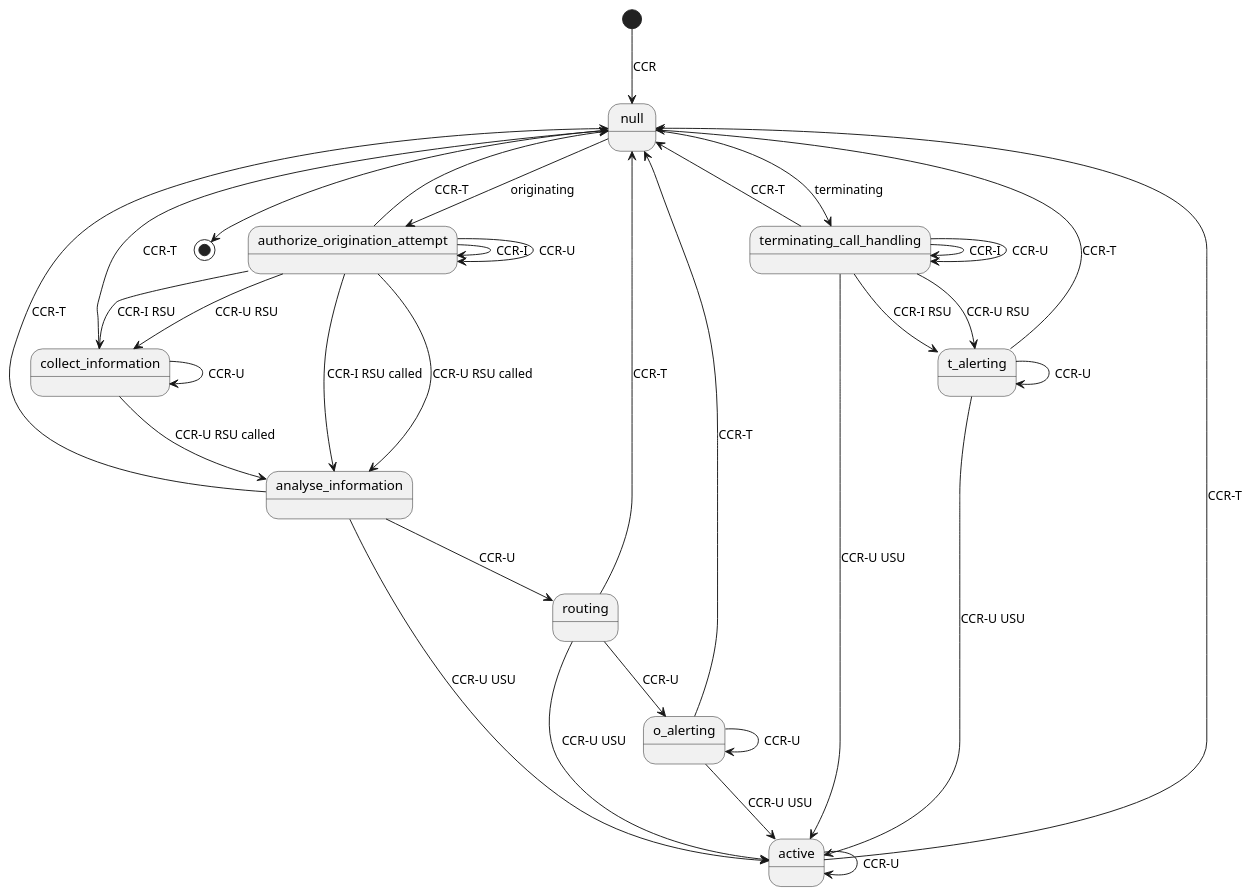
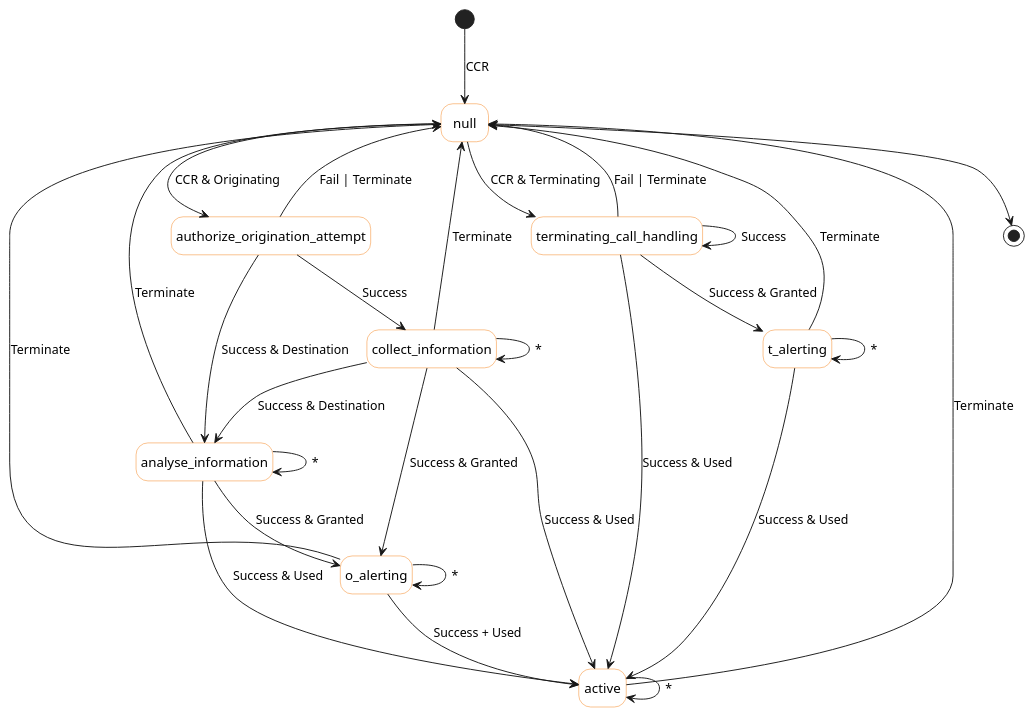
The diagram in doc/prepaid-diameter-ro.puml (sigscale/cse), drawn with PlantUML before and after one commit. The commit also changed 4 other files, not shown here.

```diff
--- a/doc/prepaid-diameter-ro.puml
+++ b/doc/prepaid-diameter-ro.puml
@@ -1,65 +1,50 @@
 @startuml
 
-state null {
-}
-state authorize_origination_attempt {
-}
-state terminating_call_handling {
-}
-state collect_information {
-}
-state analyse_information {
-}
-state routing {
-}
-state o_alerting {
-}
-state t_alerting {
-}
-state active {
-}
+hide empty description
+skinparam shadowing false
+state null #white ##f57f17
+state authorize_origination_attempt #white ##f57f17
+state terminating_call_handling #white ##f57f17
+state collect_information #white ##f57f17
+state analyse_information #white ##f57f17
+state o_alerting #white ##f57f17
+state t_alerting #white ##f57f17
+state active #white ##f57f17
 
 [*] --> null : CCR
-null --> authorize_origination_attempt : originating
-null --> terminating_call_handling : terminating
+null --> authorize_origination_attempt : CCR & Originating
+null --> terminating_call_handling : CCR & Terminating
 null --> [*]
 
-authorize_origination_attempt --> collect_information : CCR-I RSU
-authorize_origination_attempt --> collect_information : CCR-U RSU
-authorize_origination_attempt --> analyse_information : CCR-I RSU called
-authorize_origination_attempt --> analyse_information : CCR-U RSU called
-authorize_origination_attempt --> authorize_origination_attempt : CCR-I
-authorize_origination_attempt --> authorize_origination_attempt : CCR-U
-authorize_origination_attempt --> null : CCR-T
+authorize_origination_attempt --> analyse_information : Success & Destination
+authorize_origination_attempt --> collect_information : Success
+authorize_origination_attempt --> null : Fail | Terminate
 
-terminating_call_handling --> t_alerting : CCR-I RSU
-terminating_call_handling --> t_alerting : CCR-U RSU
-terminating_call_handling --> active : CCR-U USU
-terminating_call_handling --> terminating_call_handling : CCR-I
-terminating_call_handling --> terminating_call_handling : CCR-U
-terminating_call_handling --> null : CCR-T
+terminating_call_handling --> t_alerting : Success & Granted
+terminating_call_handling --> active : Success & Used
+terminating_call_handling --> terminating_call_handling : Success
+terminating_call_handling --> null : Fail | Terminate
 
-collect_information --> analyse_information : CCR-U RSU called
-collect_information --> collect_information : CCR-U 
-collect_information --> null : CCR-T
+collect_information --> o_alerting : Success & Granted
+collect_information --> analyse_information : Success & Destination
+collect_information --> active : Success & Used
+collect_information --> collect_information : *
+collect_information --> null : Terminate
 
-analyse_information --> active : CCR-U USU
-analyse_information --> routing : CCR-U
-analyse_information --> null : CCR-T
+analyse_information --> active : Success & Used
+analyse_information --> o_alerting: Success & Granted
+analyse_information --> analyse_information : *
+analyse_information --> null : Terminate
 
-routing --> active : CCR-U USU
-routing --> o_alerting : CCR-U
-routing --> null : CCR-T
+o_alerting --> active : Success + Used
+o_alerting --> o_alerting : *
+o_alerting --> null : Terminate
 
-o_alerting --> active : CCR-U USU
-o_alerting --> o_alerting : CCR-U
-o_alerting --> null : CCR-T
+t_alerting --> active : Success & Used
+t_alerting --> t_alerting : *
+t_alerting --> null : Terminate
 
-t_alerting --> active : CCR-U USU
-t_alerting --> t_alerting : CCR-U
-t_alerting --> null : CCR-T
-
-active --> null : CCR-T
-active --> active : CCR-U
+active --> active : *
+active --> null : Terminate
 
 @enduml
```
